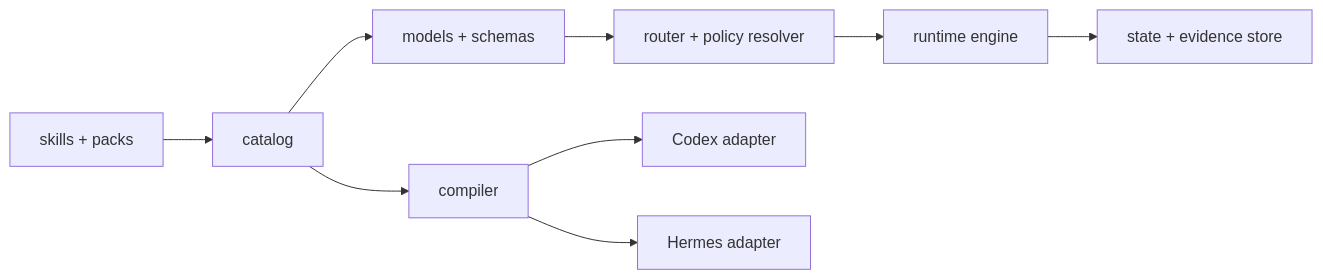
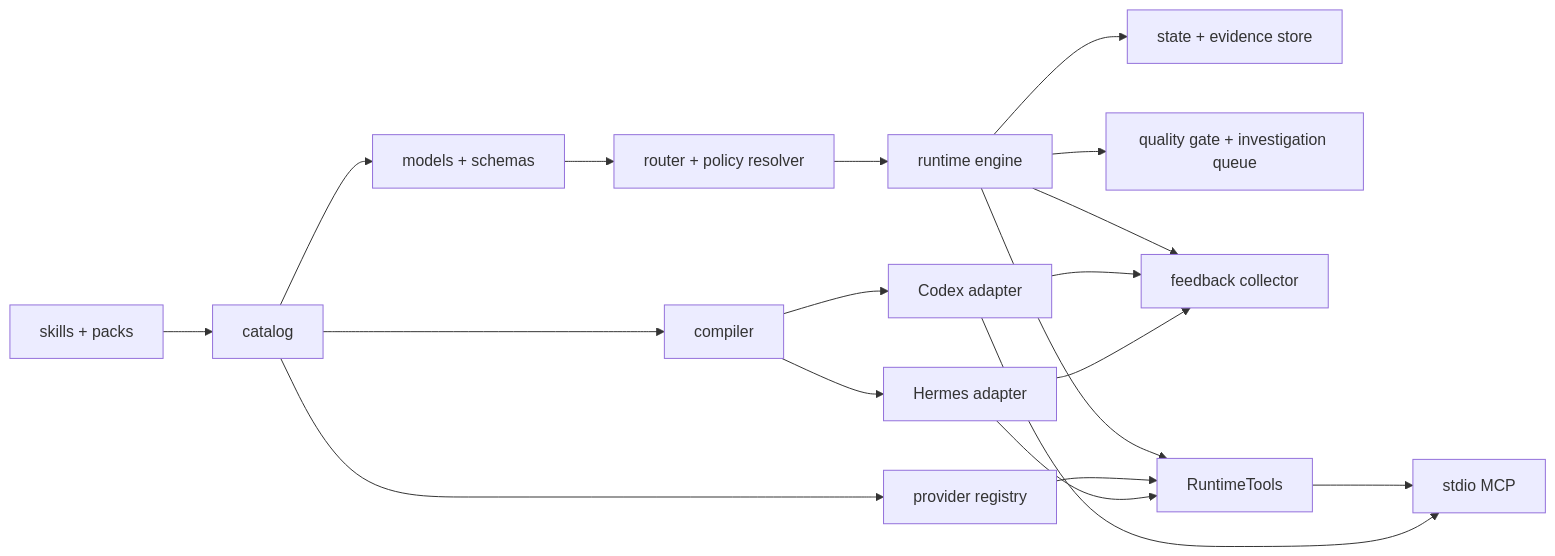
One commit to snbc-qihang/agent-skills changed the diagram in docs/architecture/overview.md. Above: the diagram before and after it, drawn with Mermaid. The commit also changed other lines of this file and 63 other files, not shown here.

````diff
--- a/docs/architecture/overview.md
+++ b/docs/architecture/overview.md
@@ -7,11 +7,21 @@
 ```mermaid
 flowchart LR
     A["skills + packs"] --> C["catalog"]
     C --> M["models + schemas"]
+    C --> P["provider registry"]
     M --> R["router + policy resolver"]
     R --> E["runtime engine"]
     E --> S["state + evidence store"]
+    E --> G["quality gate + investigation queue"]
+    E --> F["feedback collector"]
+    E --> T["RuntimeTools"]
+    P --> T
+    T --> Q["stdio MCP"]
     C --> B["compiler"]
     B --> X["Codex adapter"]
     B --> H["Hermes adapter"]
+    X --> Q
+    H --> T
+    X --> F
+    H --> F
 ```
````
